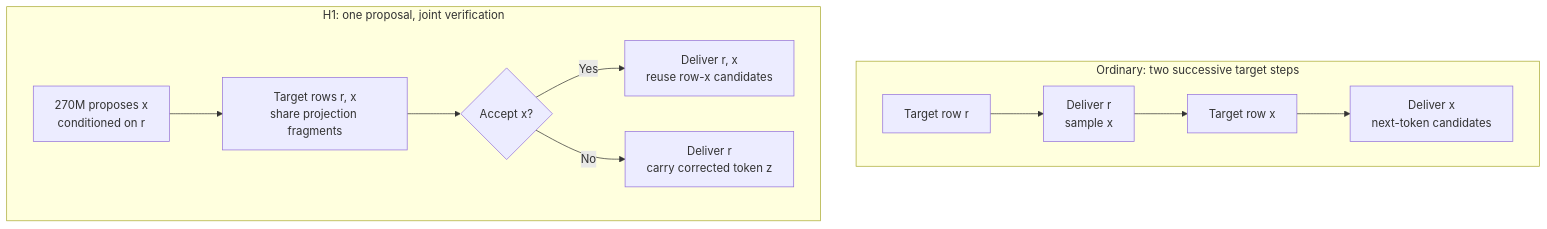
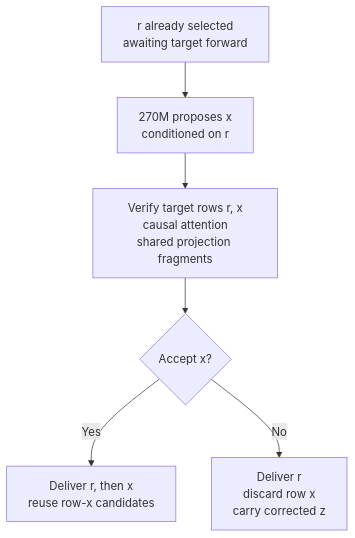
Before and after one commit to joelsjo01/guffin: the second of 2 diagrams in README.md, drawn with Mermaid. The commit also changed other lines of this file and 10 other files, not shown here.

````diff
--- a/README.md
+++ b/README.md
@@ -101,13 +187,8 @@
 ```mermaid
 flowchart TB
-    subgraph Ordinary["Ordinary: two successive target steps"]
-        direction LR
-        O1["Target row r"] --> O2["Deliver r<br/>sample x"] --> O3["Target row x"] --> O4["Deliver x<br/>next-token candidates"]
-    end
-    subgraph H1["H1: one proposal, joint verification"]
-        direction LR
-        D["270M proposes x<br/>conditioned on r"] --> V["Target rows r, x<br/>share projection fragments"] --> A{"Accept x?"}
-        A -->|Yes| K["Deliver r, x<br/>reuse row-x candidates"]
-        A -->|No| C["Deliver r<br/>carry corrected token z"]
-    end
+    R["r already selected<br/>awaiting target forward"] --> D["270M proposes x<br/>conditioned on r"]
+    D --> V["Verify target rows r, x<br/>causal attention<br/>shared projection fragments"]
+    V --> A{"Accept x?"}
+    A -->|Yes| K["Deliver r, then x<br/>reuse row-x candidates"]
+    A -->|No| C["Deliver r<br/>discard row x<br/>carry corrected z"]
 ```
````
